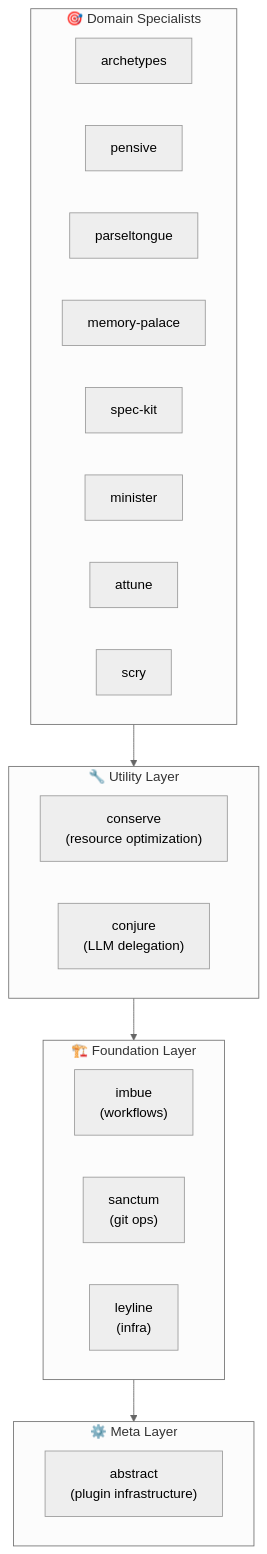
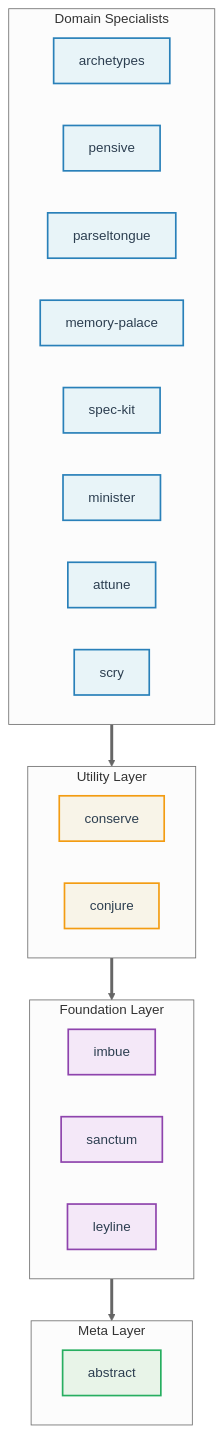
Before and after one commit to athola/claude-night-market: the diagram in README.md, drawn with Mermaid (neutral theme). The commit also changed 7 other files, not shown here.

````diff
--- a/README.md
+++ b/README.md
@@ -42,24 +42,39 @@
 ```mermaid
 flowchart TB
-    subgraph Domain["🎯 Domain Specialists"]
+    classDef domainClass fill:#e8f4f8,stroke:#2980b9,stroke-width:2px,color:#2c3e50
+    classDef utilityClass fill:#f8f4e8,stroke:#f39c12,stroke-width:2px,color:#2c3e50
+    classDef foundationClass fill:#f4e8f8,stroke:#8e44ad,stroke-width:2px,color:#2c3e50
+    classDef metaClass fill:#e8f4e8,stroke:#27ae60,stroke-width:2px,color:#2c3e50
+
+    subgraph Domain["Domain Specialists"]
         direction LR
-        archetypes & pensive & parseltongue & memory-palace
-        spec-kit & minister & attune & scry
-    end
-    subgraph Utility["🔧 Utility Layer"]
-        direction LR
-        conserve["conserve<br/>(resource optimization)"]
-        conjure["conjure<br/>(LLM delegation)"]
-    end
-    subgraph Foundation["🏗️ Foundation Layer"]
-        direction LR
-        imbue["imbue<br/>(workflows)"]
-        sanctum["sanctum<br/>(git ops)"]
-        leyline["leyline<br/>(infra)"]
-    end
-    subgraph Meta["⚙️ Meta Layer"]
-        abstract["abstract<br/>(plugin infrastructure)"]
+        D1[archetypes]:::domainClass
+        D2[pensive]:::domainClass
+        D3[parseltongue]:::domainClass
+        D4[memory-palace]:::domainClass
+        D5[spec-kit]:::domainClass
+        D6[minister]:::domainClass
+        D7[attune]:::domainClass
+        D8[scry]:::domainClass
     end
 
-    Domain --> Utility --> Foundation --> Meta
+    subgraph Utility["Utility Layer"]
+        direction LR
+        U1[conserve]:::utilityClass
+        U2[conjure]:::utilityClass
+    end
+
+    subgraph Foundation["Foundation Layer"]
+        direction LR
+        F1[imbue]:::foundationClass
+        F2[sanctum]:::foundationClass
+        F3[leyline]:::foundationClass
+    end
+
+    subgraph Meta["Meta Layer"]
+        direction LR
+        M1[abstract]:::metaClass
+    end
+
+    Domain ==> Utility ==> Foundation ==> Meta
 ```
````
